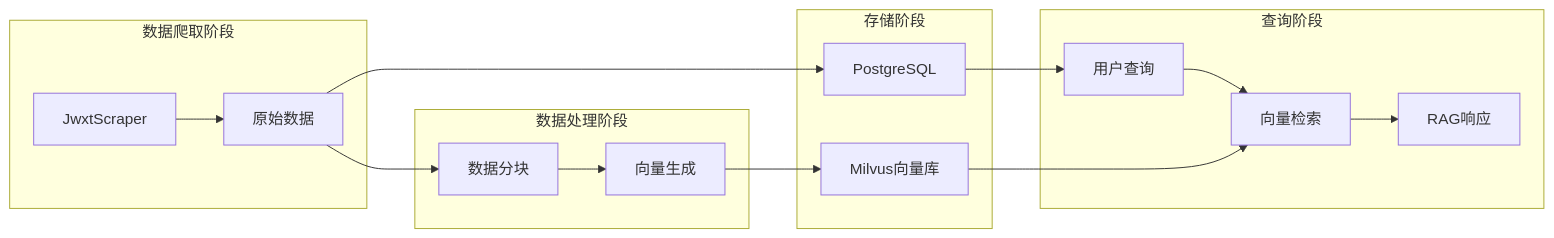
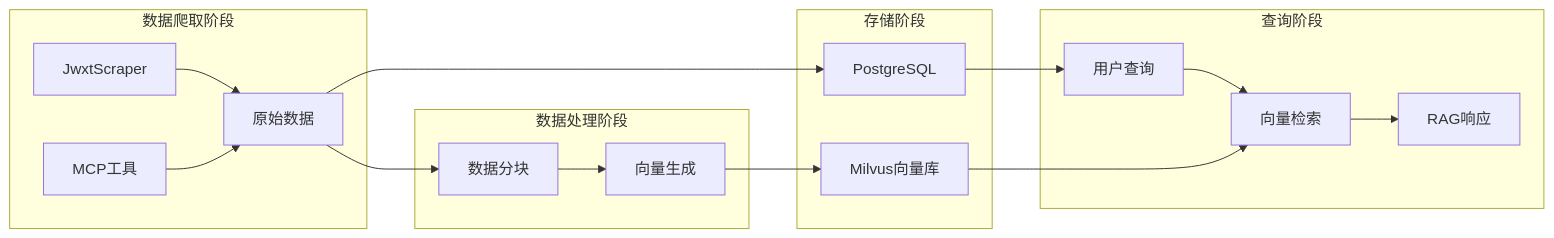
One commit to ghbbn053-ship-itsoulddog/soulddog changed the tenth of 12 diagrams in .qoder/repowiki/zh/content/AI智能问答系统/AI工具调用功能.md. Above: the diagram before and after it, drawn with Mermaid. The commit also changed other lines of this file and 13 other files, not shown here.

````diff
--- a/.qoder/repowiki/zh/content/AI智能问答系统/AI工具调用功能.md
+++ b/.qoder/repowiki/zh/content/AI智能问答系统/AI工具调用功能.md
@@ -347,20 +396,21 @@
 ```mermaid
 flowchart LR
 subgraph "数据爬取阶段"
 Scraper[JwxtScraper] --> RawData[原始数据]
+MCPTools[MCP工具] --> RawData
 end
 subgraph "数据处理阶段"
 RawData --> Chunking[数据分块]
 Chunking --> VectorGen[向量生成]
 end
 subgraph "存储阶段"
 VectorGen --> Milvus[Milvus向量库]
 RawData --> PostgreSQL[PostgreSQL]
 end
 subgraph "查询阶段"
 UserQuery[用户查询] --> VectorSearch[向量检索]
 VectorSearch --> RAGResponse[RAG响应]
 end
 Milvus --> VectorSearch
 PostgreSQL --> UserQuery
 ```
````
